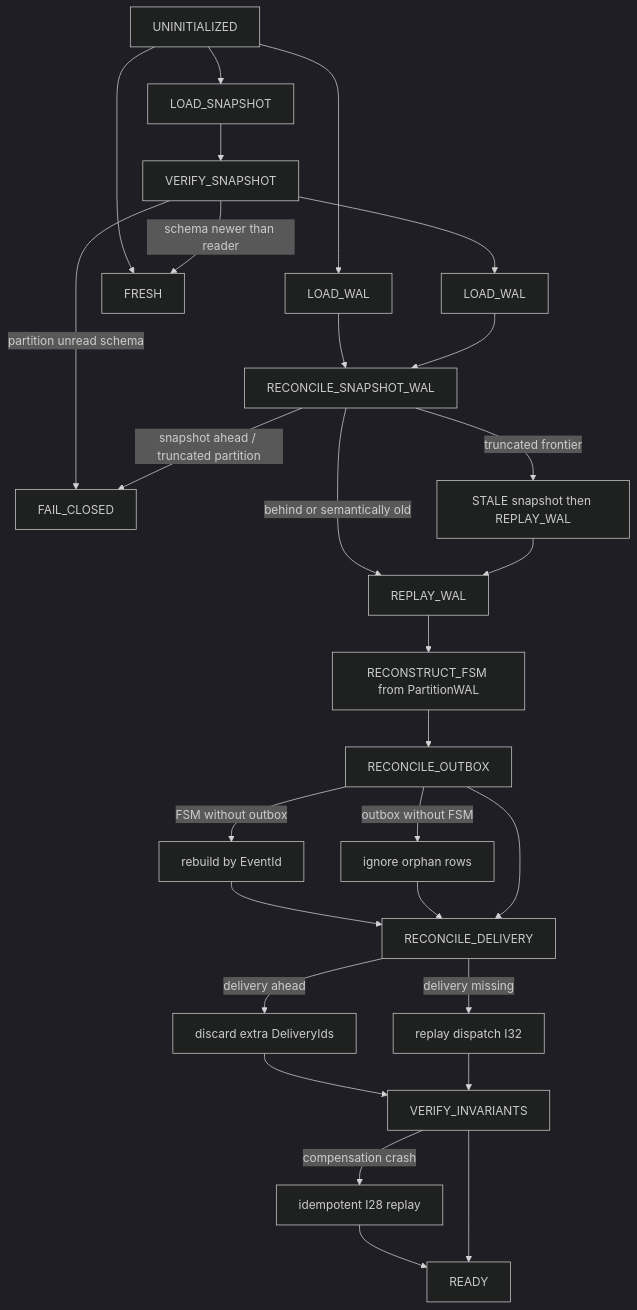
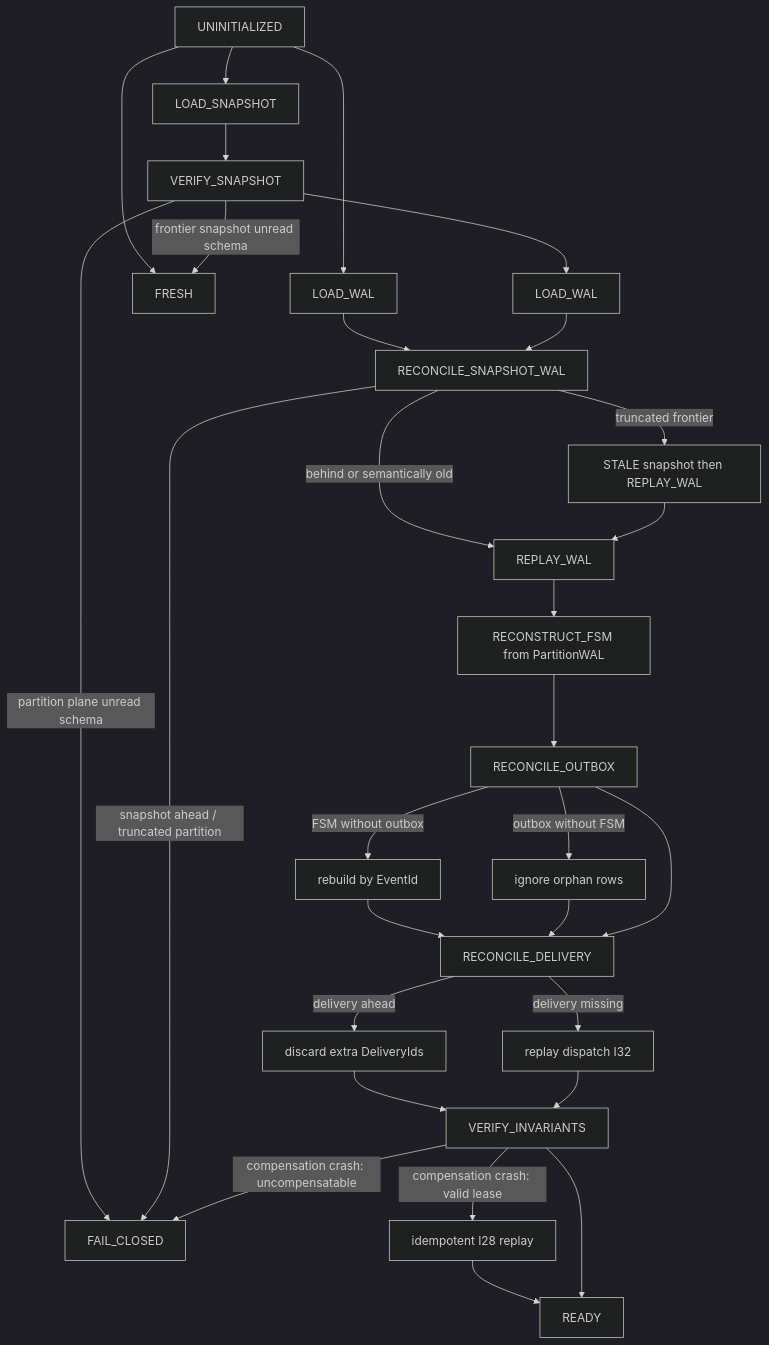
One commit to AviralGup7/Singularity-Zero changed the tenth of 15 diagrams in docs/flowchart.md. Above: the diagram before and after it, drawn with Mermaid (dark theme). The commit also changed other lines of this file, not shown here.

Commit message:
docs(flowchart): align atlas with live STAGE_GRAPH, SM transitions, I35 recovery branches, and CI structure

````diff
--- a/docs/flowchart.md
+++ b/docs/flowchart.md
@@ -354,30 +377,31 @@
 ```mermaid
 flowchart TD
     U["UNINITIALIZED"] --> LS["LOAD_SNAPSHOT"]
     U --> LW0["LOAD_WAL"]
     U --> Fresh["FRESH"]
     LS --> VS["VERIFY_SNAPSHOT"]
-    VS -->|"schema newer than reader"| Fresh
-    VS -->|"partition unread schema"| Closed["FAIL_CLOSED"]
+    VS -->|"partition plane unread schema"| Closed["FAIL_CLOSED"]
+    VS -->|"frontier snapshot unread schema"| Fresh
     VS --> LW["LOAD_WAL"]
     LW0 --> Rec
     LW --> Rec["RECONCILE_SNAPSHOT_WAL"]
     Rec -->|"snapshot ahead / truncated partition"| Closed
     Rec -->|"behind or semantically old"| Replay["REPLAY_WAL"]
     Rec -->|"truncated frontier"| Stale["STALE snapshot then REPLAY_WAL"]
     Stale --> Replay
     Replay --> FSMR["RECONSTRUCT_FSM from PartitionWAL"]
     FSMR --> Out["RECONCILE_OUTBOX"]
     Out -->|"FSM without outbox"| Rebuild["rebuild by EventId"]
     Out -->|"outbox without FSM"| Orphan["ignore orphan rows"]
     Rebuild --> Del
     Orphan --> Del
     Out --> Del["RECONCILE_DELIVERY"]
     Del -->|"delivery ahead"| Drop["discard extra DeliveryIds"]
     Del -->|"delivery missing"| ReplayD["replay dispatch I32"]
     Drop --> Inv
     ReplayD --> Inv["VERIFY_INVARIANTS"]
-    Inv -->|"compensation crash"| Comp["idempotent I28 replay"]
+    Inv -->|"compensation crash: valid lease"| Comp["idempotent I28 replay"]
+    Inv -->|"compensation crash: uncompensatable"| Closed
     Comp --> Ready["READY"]
     Inv --> Ready
 ```
````
